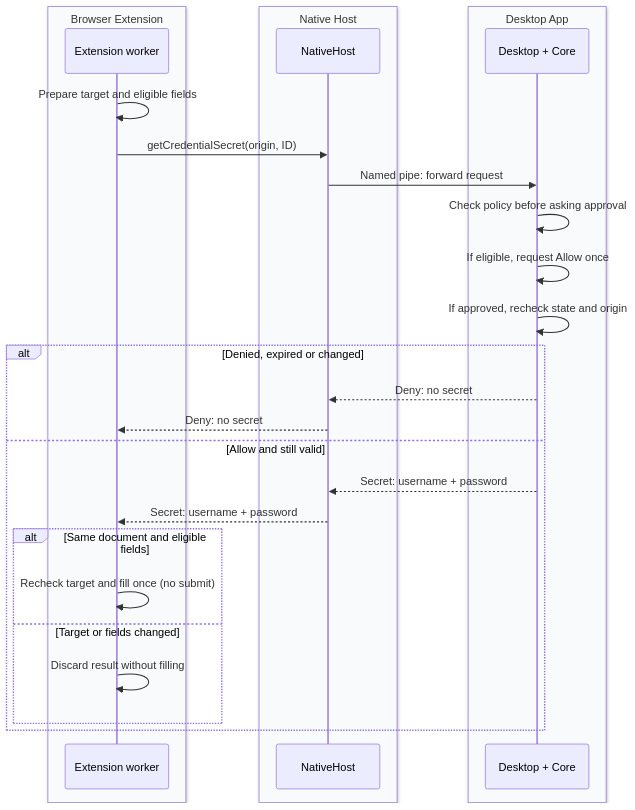
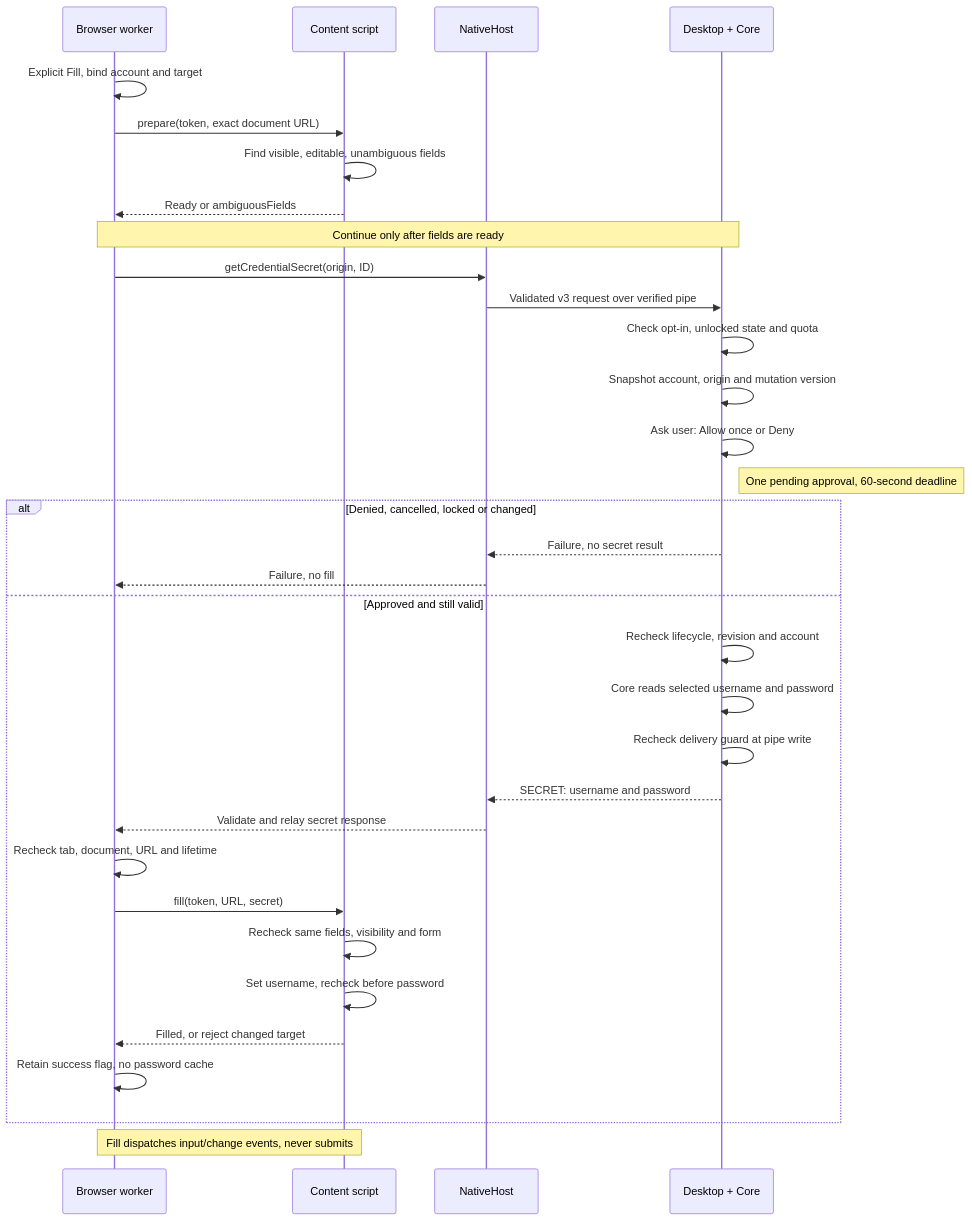
The diagram in docs/diagrams/browser-fill.mmd (Lmnhutw/YourSafe), drawn with Mermaid before and after one commit. The commit also changed 47 other files, not shown here.

```diff
--- a/docs/diagrams/browser-fill.mmd
+++ b/docs/diagrams/browser-fill.mmd
@@ -1,30 +1,35 @@
 sequenceDiagram
-    accTitle: Approve one password fill
-    accDescr: The official worker checks the browser target, requests one password through NativeHost, and the desktop checks policy and obtains approval. Denial or stale state returns no secret. A successful response contains the selected username and password; the worker rechecks the target before filling without submission.
-    box rgb(248,250,252) Browser Extension
-        participant worker as Extension worker
+    accTitle: Approve and fill one selected password
+    accDescr: After discovery, the worker prepares eligible fields in the exact top-level document before requesting a password. The desktop snapshots the candidate and mutation version, obtains a single approval with a 60-second deadline, then rechecks origin, lifecycle and revision. Final pipe and browser checks guard disclosure and filling. No form is submitted.
+    participant W as Browser worker
+    participant P as Content script
+    participant H as NativeHost
+    participant A as Desktop + Core
+    W->>W: Explicit Fill, bind account and target
+    W->>P: prepare(token, exact document URL)
+    P->>P: Find visible, editable, unambiguous fields
+    P-->>W: Ready or ambiguousFields
+    Note over W,A: Continue only after fields are ready
+    W->>H: getCredentialSecret(origin, ID)
+    H->>A: Validated v3 request over verified pipe
+    A->>A: Check opt-in, unlocked state and quota
+    A->>A: Snapshot account, origin and mutation version
+    A->>A: Ask user: Allow once or Deny
+    Note right of A: One pending approval, 60-second deadline
+    alt Denied, cancelled, locked or changed
+        A-->>H: Failure, no secret result
+        H-->>W: Failure, no fill
+    else Approved and still valid
+        A->>A: Recheck lifecycle, revision and account
+        A->>A: Core reads selected username and password
+        A->>A: Recheck delivery guard at pipe write
+        A-->>H: SECRET: username and password
+        H-->>W: Validate and relay secret response
+        W->>W: Recheck tab, document, URL and lifetime
+        W->>P: fill(token, URL, secret)
+        P->>P: Recheck same fields, visibility and form
+        P->>P: Set username, recheck before password
+        P-->>W: Filled, or reject changed target
+        W->>W: Retain success flag, no password cache
     end
-    box rgb(248,250,252) Native Host
-        participant host as NativeHost
-    end
-    box rgb(248,250,252) Desktop App
-        participant app as Desktop + Core
-    end
-    worker->>worker: Prepare target and eligible fields
-    worker->>host: getCredentialSecret(origin, ID)
-    host->>app: Named pipe: forward request
-    app->>app: Check policy before asking approval
-    app->>app: If eligible, request Allow once
-    app->>app: If approved, recheck state and origin
-    alt Denied, expired or changed
-        app-->>host: Deny: no secret
-        host-->>worker: Deny: no secret
-    else Allow and still valid
-        app-->>host: Secret: username + password
-        host-->>worker: Secret: username + password
-        alt Same document and eligible fields
-            worker->>worker: Recheck target and fill once (no submit)
-        else Target or fields changed
-            worker->>worker: Discard result without filling
-        end
-    end
+    Note over W,P: Fill dispatches input/change events, never submits
```
